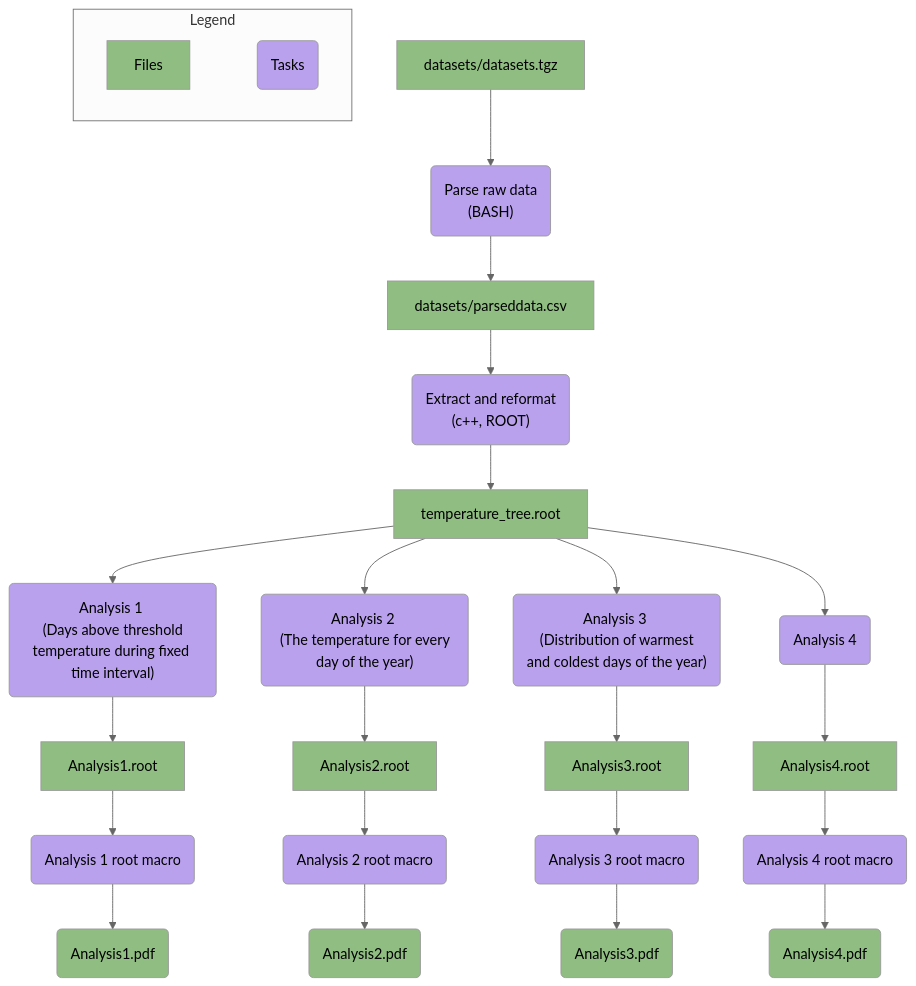
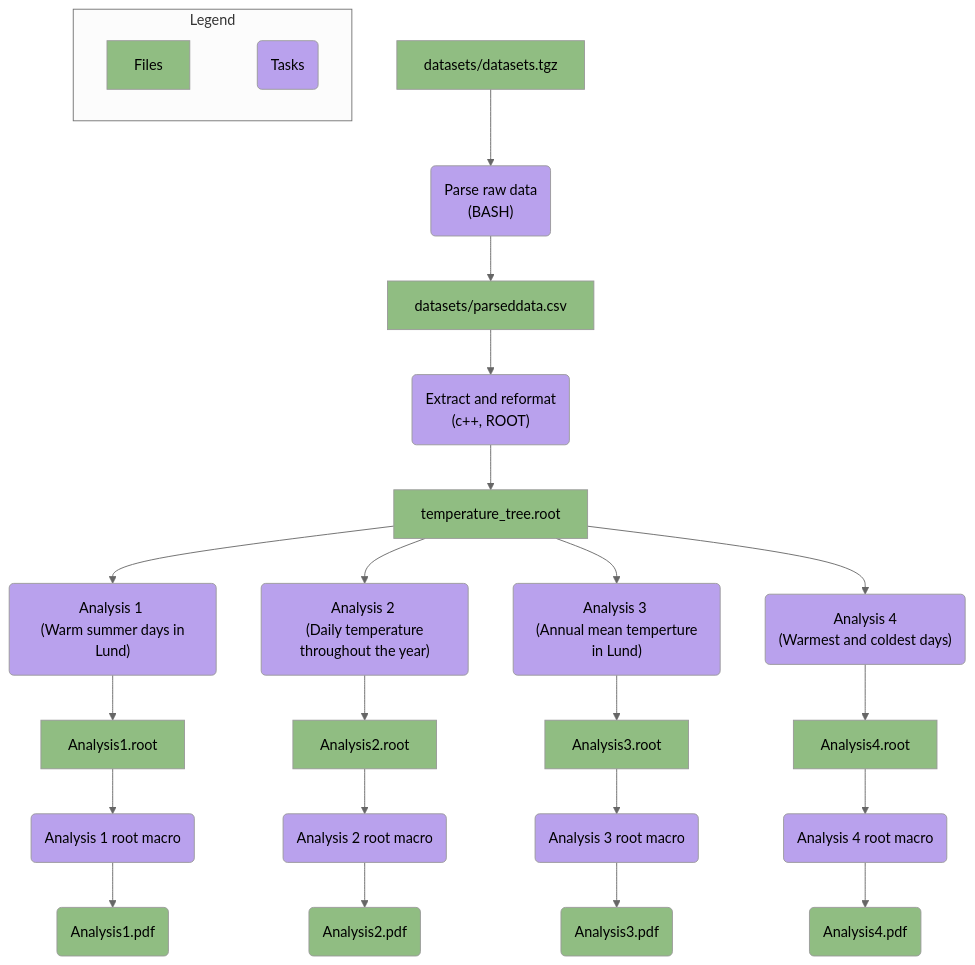
The diagram in Workplan.md (dchelidzemrics-design/MNXB11-Project), drawn with Mermaid before and after one commit.

````diff
--- a/Workplan.md
+++ b/Workplan.md
@@ -9,49 +9,49 @@
 ```mermaid 
 %%{init: { 'theme':'neutral', 'fontSize': '11px'} }%%
 flowchart TD
     %% This will be the same for all analyses
     A["datasets/datasets.tgz"] --> B("Parse raw data <br> (BASH)")
     B --> C["datasets/parseddata.csv"]
     C --> D("Extract and reformat <br> (c++, ROOT)")
     D --> E["temperature_tree.root"]
 
     %% The seperate analyses
-    E --> G("Analysis 1 <br> (Days above threshold temperature during fixed time interval)")
-    E --> H("Analysis 2 <br> (The temperature for every day of the year)")
-    E --> I("Analysis 3 <br> (Distribution of warmest and coldest days of the year)")
-    E --> J("Analysis 4 <br> ")
+    E --> G("Analysis 1 <br> (Warm summer days in Lund)")
+    E --> H("Analysis 2 <br> (Daily temperature throughout the year)")
+    E --> I("Analysis 3 <br> (Annual mean temperture in Lund)")
+    E --> J("Analysis 4 <br> (Warmest and coldest days)")
 
     %% Analysis 1 workflow
     G --> G1["Analysis1.root"]
     G1 --> G2("Analysis 1 root macro")
     G2 --> G3("Analysis1.pdf")
 
     %% Analysis 2 workflow
     H --> H1["Analysis2.root"]
     H1 --> H2("Analysis 2 root macro")
     H2 --> H3("Analysis2.pdf")
 
     %% Analysis 3 workflow
     I --> I1["Analysis3.root"]
     I1 --> I2("Analysis 3 root macro")
     I2 --> I3("Analysis3.pdf")
 
     %% Analysis 4 workflow
     J --> J1["Analysis4.root"]
     J1 --> J2("Analysis 4 root macro")
     J2 --> J3("Analysis4.pdf")
 
     %% Legend 
     subgraph Legend ["Legend"]
         direction LR
         L1["Files"] ~~~ L2("Tasks")
     end
 
     %% Seperate Files and Tasks into different classes
     %% with different colors
     classDef Files fill:#90bd82;
     classDef Tasks fill:#b9a1ed;
 
     class L1,A,C,E,G1,G3,H1,H3,I1,I3,J1,J3 Files;
     class L2,B,D,G,H,I,J,F,F2,G2,H2,I2,J2 Tasks;
 ```
````
